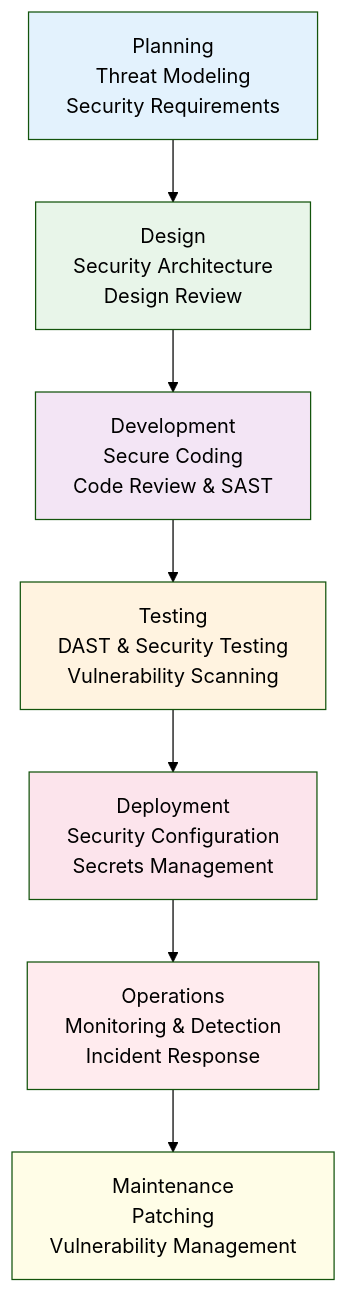
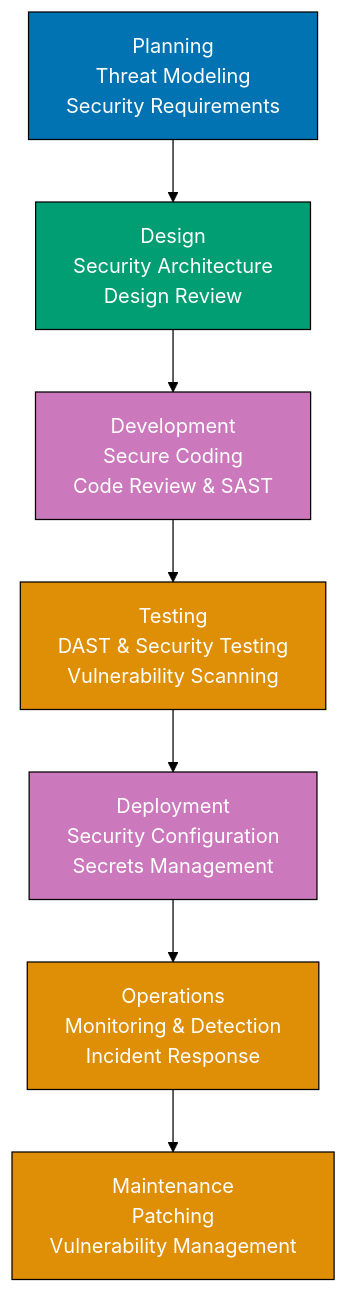
One commit to wahidyankf/open-sharia-enterprise changed the second of 4 diagrams in docs/explanation/information-security/ex-inse__defensive-security.md. Above: the diagram before and after it, drawn with Mermaid (forest theme). The commit also changed other lines of this file and 22 other files, not shown here.

First line of the commit message:
docs(diagrams): ensure all mermaid diagrams use color-blind friendly palette

````diff
--- a/docs/explanation/information-security/ex-inse__defensive-security.md
+++ b/docs/explanation/information-security/ex-inse__defensive-security.md
@@ -252,17 +262,17 @@
 ```mermaid
 graph TD
     A["Planning<br/>Threat Modeling<br/>Security Requirements"] --> B["Design<br/>Security Architecture<br/>Design Review"]
     B --> C["Development<br/>Secure Coding<br/>Code Review & SAST"]
     C --> D["Testing<br/>DAST & Security Testing<br/>Vulnerability Scanning"]
     D --> E["Deployment<br/>Security Configuration<br/>Secrets Management"]
     E --> F["Operations<br/>Monitoring & Detection<br/>Incident Response"]
     F --> G["Maintenance<br/>Patching<br/>Vulnerability Management"]
 
-    style A fill:#e3f2fd
-    style B fill:#e8f5e9
-    style C fill:#f3e5f5
-    style D fill:#fff3e0
-    style E fill:#fce4ec
-    style F fill:#ffebee
-    style G fill:#fffde7
+    style A fill:#0173B2,stroke:#000000,color:#FFFFFF
+    style B fill:#029E73,stroke:#000000,color:#FFFFFF
+    style C fill:#CC78BC,stroke:#000000,color:#FFFFFF
+    style D fill:#DE8F05,stroke:#000000,color:#FFFFFF
+    style E fill:#CC78BC,stroke:#000000,color:#FFFFFF
+    style F fill:#DE8F05,stroke:#000000,color:#FFFFFF
+    style G fill:#DE8F05,stroke:#000000,color:#FFFFFF
 ```
````
